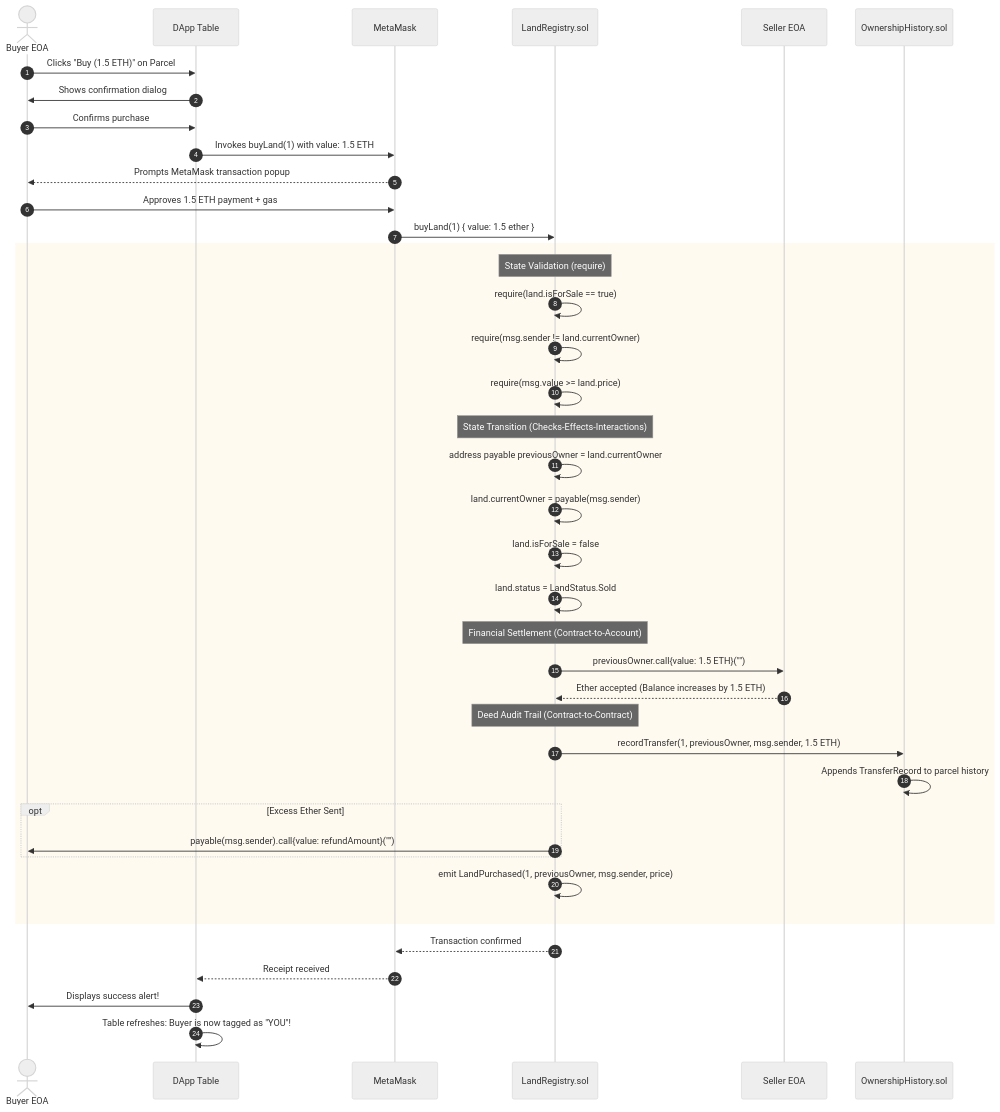
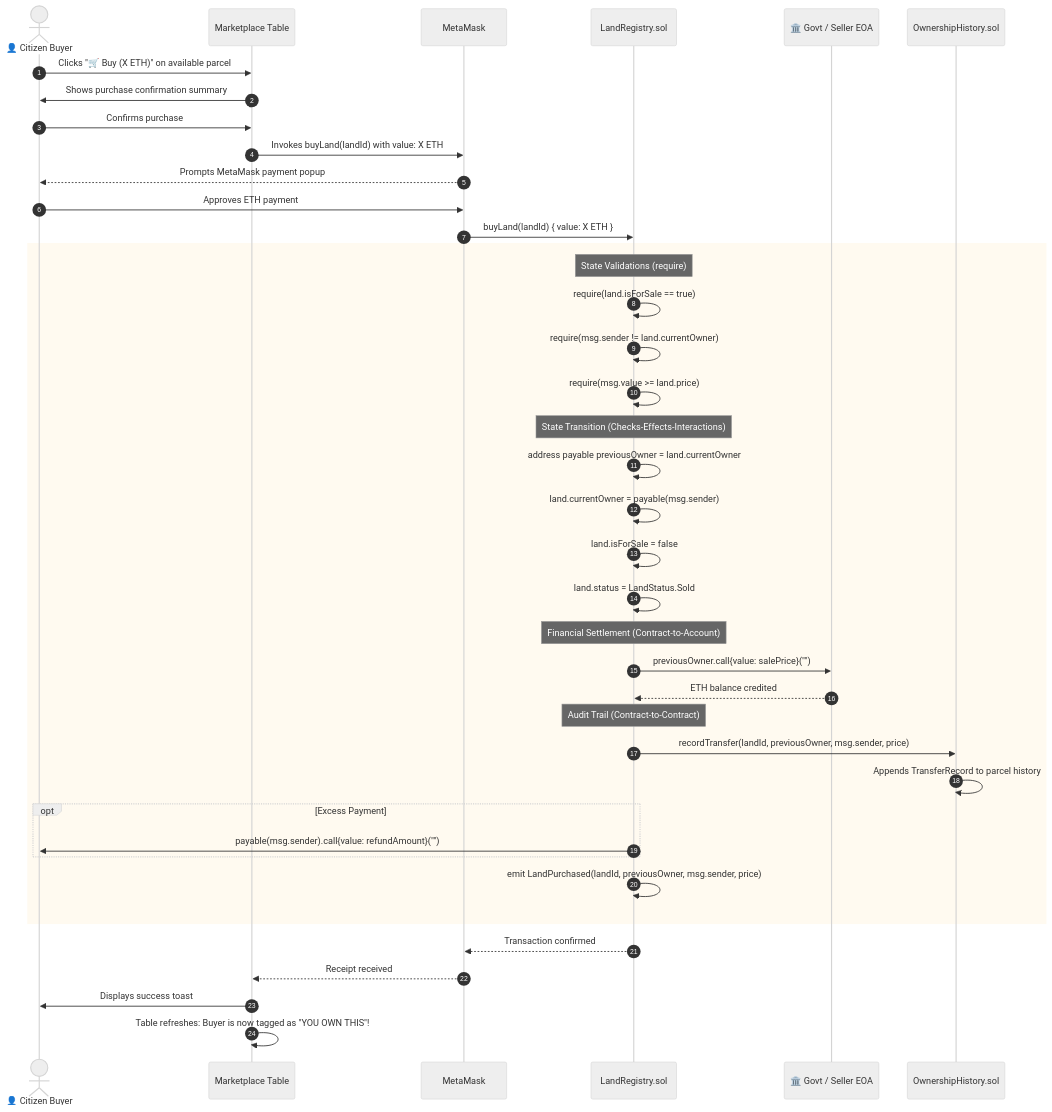
Before and after one commit to Darsh0002/Blockchain-Land-registry: the fourth of 5 diagrams in WORKING.md, drawn with Mermaid (neutral theme). The commit also changed other lines of this file and 14 other files, not shown here.

````diff
--- a/WORKING.md
+++ b/WORKING.md
@@ -167,50 +168,50 @@
 ```mermaid
 sequenceDiagram
     autonumber
-    actor Buyer as Buyer EOA
-    participant UI as DApp Table
+    actor Buyer as 👤 Citizen Buyer
+    participant UI as Marketplace Table
     participant MM as MetaMask
     participant LR as LandRegistry.sol
-    participant Seller as Seller EOA
+    participant Seller as 🏛️ Govt / Seller EOA
     participant OH as OwnershipHistory.sol
 
-    Buyer->>UI: Clicks "Buy (1.5 ETH)" on Parcel #1
-    UI->>Buyer: Shows confirmation dialog
+    Buyer->>UI: Clicks "🛒 Buy (X ETH)" on available parcel
+    UI->>Buyer: Shows purchase confirmation summary
     Buyer->>UI: Confirms purchase
-    UI->>MM: Invokes buyLand(1) with value: 1.5 ETH
-    MM-->>Buyer: Prompts MetaMask transaction popup
-    Buyer->>MM: Approves 1.5 ETH payment + gas
-    MM->>LR: buyLand(1) { value: 1.5 ether }
+    UI->>MM: Invokes buyLand(landId) with value: X ETH
+    MM-->>Buyer: Prompts MetaMask payment popup
+    Buyer->>MM: Approves ETH payment
+    MM->>LR: buyLand(landId) { value: X ETH }
 
     rect rgb(255, 250, 240)
-        Note over LR: State Validation (require)
+        Note over LR: State Validations (require)
         LR->>LR: require(land.isForSale == true)
         LR->>LR: require(msg.sender != land.currentOwner)
         LR->>LR: require(msg.value >= land.price)
-        
+
         Note over LR: State Transition (Checks-Effects-Interactions)
         LR->>LR: address payable previousOwner = land.currentOwner
         LR->>LR: land.currentOwner = payable(msg.sender)
         LR->>LR: land.isForSale = false
         LR->>LR: land.status = LandStatus.Sold
-        
+
         Note over LR: Financial Settlement (Contract-to-Account)
-        LR->>Seller: previousOwner.call{value: 1.5 ETH}("")
-        Seller-->>LR: Ether accepted (Balance increases by 1.5 ETH)
-        
-        Note over LR: Deed Audit Trail (Contract-to-Contract)
-        LR->>OH: recordTransfer(1, previousOwner, msg.sender, 1.5 ETH)
+        LR->>Seller: previousOwner.call{value: salePrice}("")
+        Seller-->>LR: ETH balance credited
+
+        Note over LR: Audit Trail (Contract-to-Contract)
+        LR->>OH: recordTransfer(landId, previousOwner, msg.sender, price)
         OH->>OH: Appends TransferRecord to parcel history
 
-        opt Excess Ether Sent
+        opt Excess Payment
             LR->>Buyer: payable(msg.sender).call{value: refundAmount}("")
         end
 
-        LR->>LR: emit LandPurchased(1, previousOwner, msg.sender, price)
+        LR->>LR: emit LandPurchased(landId, previousOwner, msg.sender, price)
     end
 
     LR-->>MM: Transaction confirmed
     MM-->>UI: Receipt received
-    UI->>Buyer: Displays success alert!
-    UI->>UI: Table refreshes: Buyer is now tagged as "YOU"!
+    UI->>Buyer: Displays success toast
+    UI->>UI: Table refreshes: Buyer is now tagged as "YOU OWN THIS"!
 ```
````
